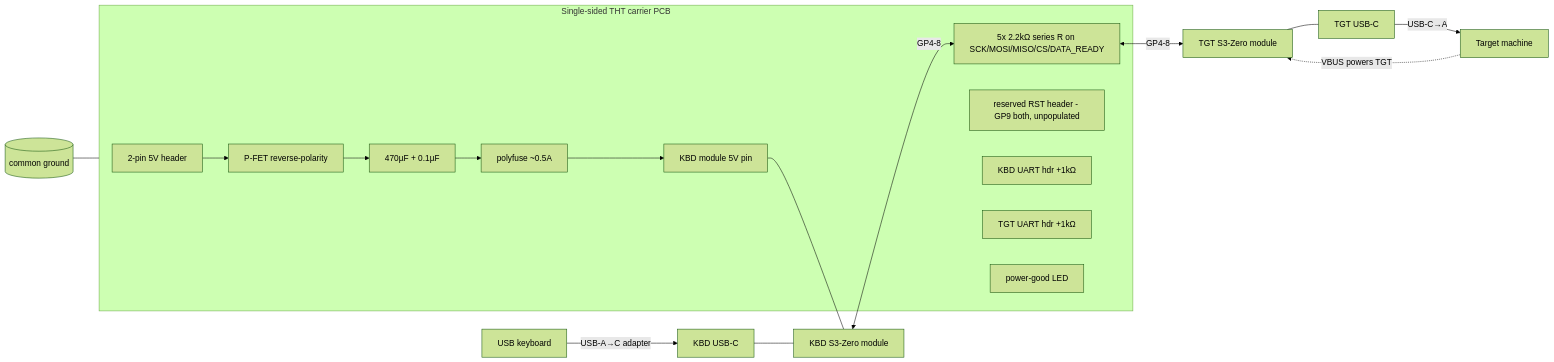
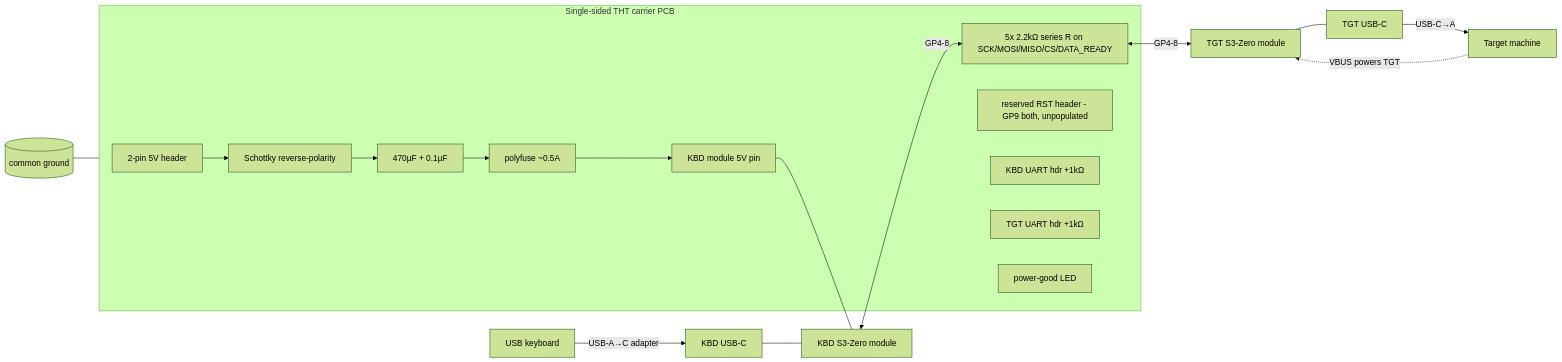
Before and after one commit to mdthorpe/kbdrelay: the diagram in .specs/pcb-carrier-board/design.md, drawn with Mermaid (forest theme). The commit also changed other lines of this file and 16 other files, not shown here.

First line of the commit message:
WIP(pcb): schematic complete + ERC-clean, project libraries, layout placement

````diff
--- a/.specs/pcb-carrier-board/design.md
+++ b/.specs/pcb-carrier-board/design.md
@@ -42,23 +42,23 @@
 ```mermaid
 flowchart LR
   KB[USB keyboard] -->|USB-A→C adapter| KBDUSB[KBD USB-C]
   subgraph CARRIER[Single-sided THT carrier PCB]
-    PWR[2-pin 5V header] --> RP[P-FET reverse-polarity]
+    PWR[2-pin 5V header] --> RP[Schottky reverse-polarity]
     RP --> BULK[470µF + 0.1µF]
     BULK --> PF[polyfuse ~0.5A]
     PF --> KBD5V[KBD module 5V pin]
     SPI[5x 2.2kΩ series R on SCK/MOSI/MISO/CS/DATA_READY]
     RST[reserved RST header - GP9 both, unpopulated]
     UART1[KBD UART hdr +1kΩ]
     UART2[TGT UART hdr +1kΩ]
     LED[power-good LED]
   end
   KBDUSB --- KBDMOD[KBD S3-Zero module]
   KBD5V --- KBDMOD
   KBDMOD <-->|GP4-8| SPI
   SPI <-->|GP4-8| TGTMOD[TGT S3-Zero module]
   TGTMOD --- TGTUSB[TGT USB-C]
   TGTUSB -->|USB-C→A| TARGET[Target machine]
   TARGET -.VBUS powers TGT.-> TGTMOD
   GND[(common ground)] --- CARRIER
 ```
````
